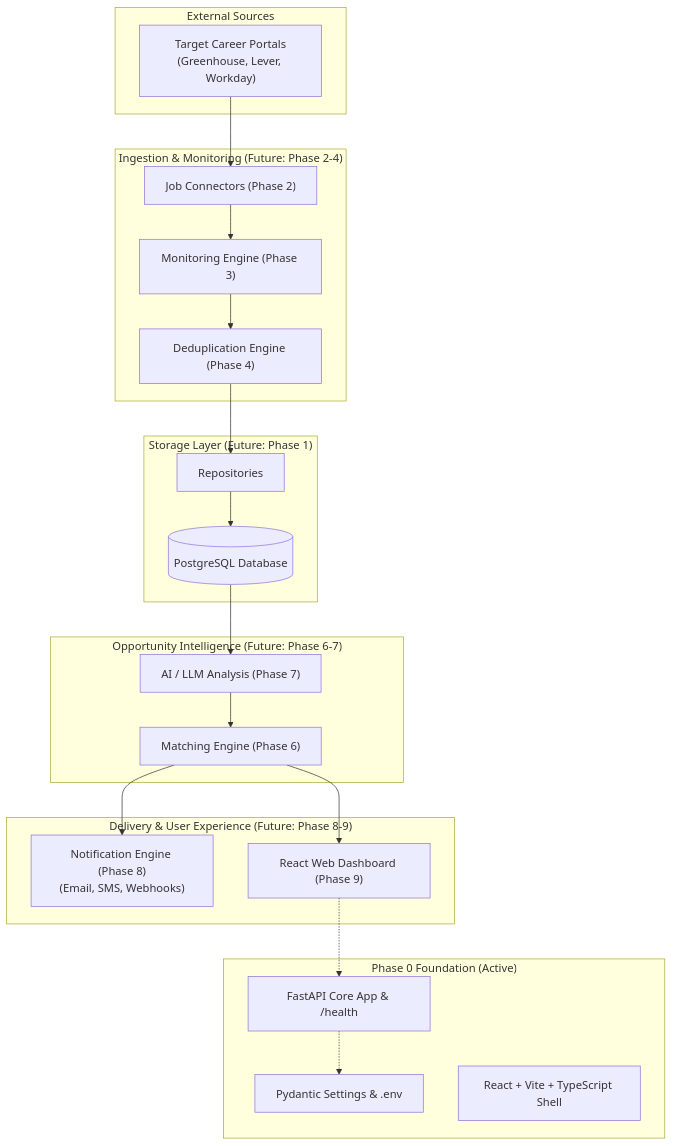
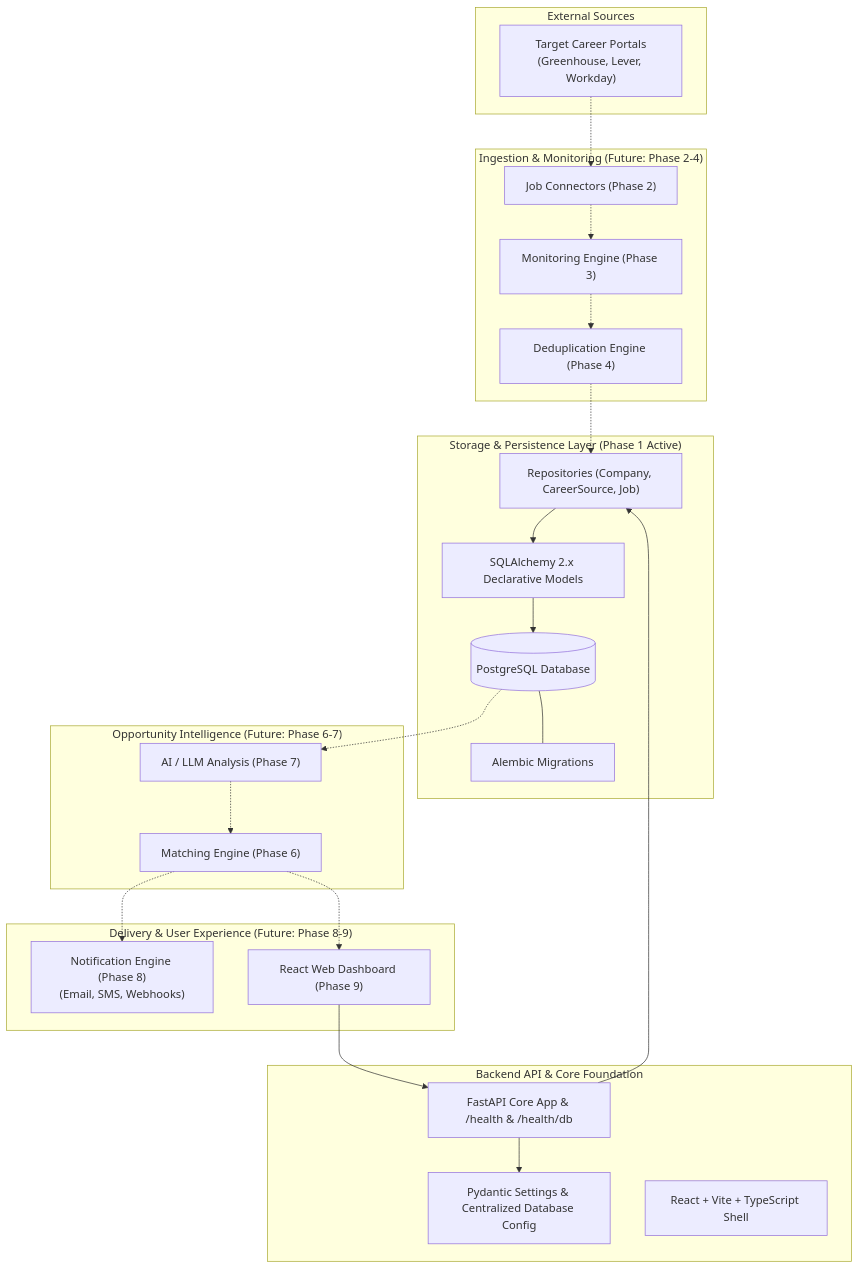
The diagram in README.md (AshwinAA10/JobWatch-AI), drawn with Mermaid before and after one commit. The commit also changed other lines of this file and 40 other files, not shown here.

````diff
--- a/README.md
+++ b/README.md
@@ -51,45 +51,50 @@
 ```mermaid
 flowchart TD
     subgraph External["External Sources"]
         CP["Target Career Portals<br/>(Greenhouse, Lever, Workday)"]
     end
 
     subgraph DataIngestion["Ingestion & Monitoring (Future: Phase 2-4)"]
         JC["Job Connectors (Phase 2)"]
         ME["Monitoring Engine (Phase 3)"]
         DD["Deduplication Engine (Phase 4)"]
     end
 
-    subgraph Persistence["Storage Layer (Future: Phase 1)"]
+    subgraph Persistence["Storage & Persistence Layer (Phase 1 Active)"]
         DB[(PostgreSQL Database)]
-        REPO["Repositories"]
+        ALEMBIC["Alembic Migrations"]
+        REPO["Repositories (Company, CareerSource, Job)"]
+        ORM["SQLAlchemy 2.x Declarative Models"]
+        DB --- ALEMBIC
+        REPO --> ORM
+        ORM --> DB
     end
 
     subgraph Intelligence["Opportunity Intelligence (Future: Phase 6-7)"]
         AI["AI / LLM Analysis (Phase 7)"]
         MATCH["Matching Engine (Phase 6)"]
     end
 
     subgraph Delivery["Delivery & User Experience (Future: Phase 8-9)"]
         NOTIF["Notification Engine (Phase 8)<br/>(Email, SMS, Webhooks)"]
         UI["React Web Dashboard (Phase 9)"]
     end
 
-    subgraph Phase0Foundation["Phase 0 Foundation (Active)"]
-        API["FastAPI Core App & /health"]
-        CONF["Pydantic Settings & .env"]
+    subgraph CoreBackend["Backend API & Core Foundation"]
+        API["FastAPI Core App & /health & /health/db"]
+        CONF["Pydantic Settings & Centralized Database Config"]
         FE_SHELL["React + Vite + TypeScript Shell"]
     end
 
-    CP --> JC
-    JC --> ME
-    ME --> DD
-    DD --> REPO
-    REPO --> DB
-    DB --> AI
-    AI --> MATCH
-    MATCH --> NOTIF
-    MATCH --> UI
-    UI -.-> API
-    API -.-> CONF
+    CP -.-> JC
+    JC -.-> ME
+    ME -.-> DD
+    DD -.-> REPO
+    DB -.-> AI
+    AI -.-> MATCH
+    MATCH -.-> NOTIF
+    MATCH -.-> UI
+    UI --> API
+    API --> REPO
+    API --> CONF
 ```
````
